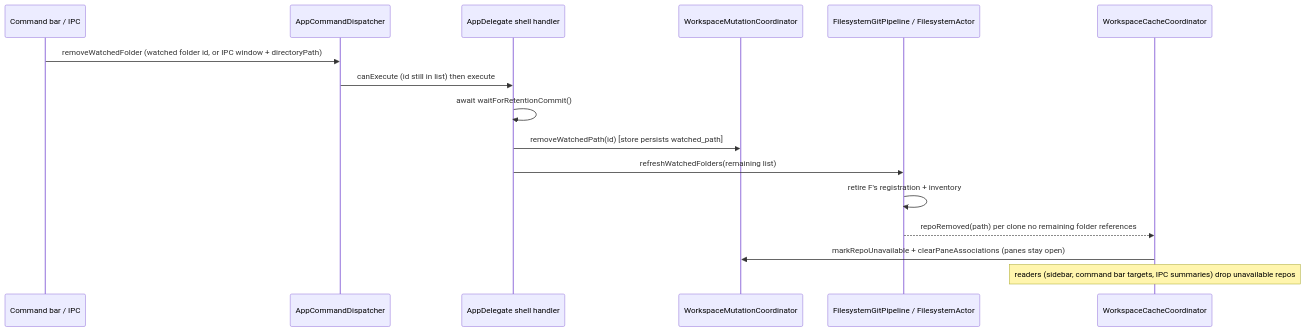
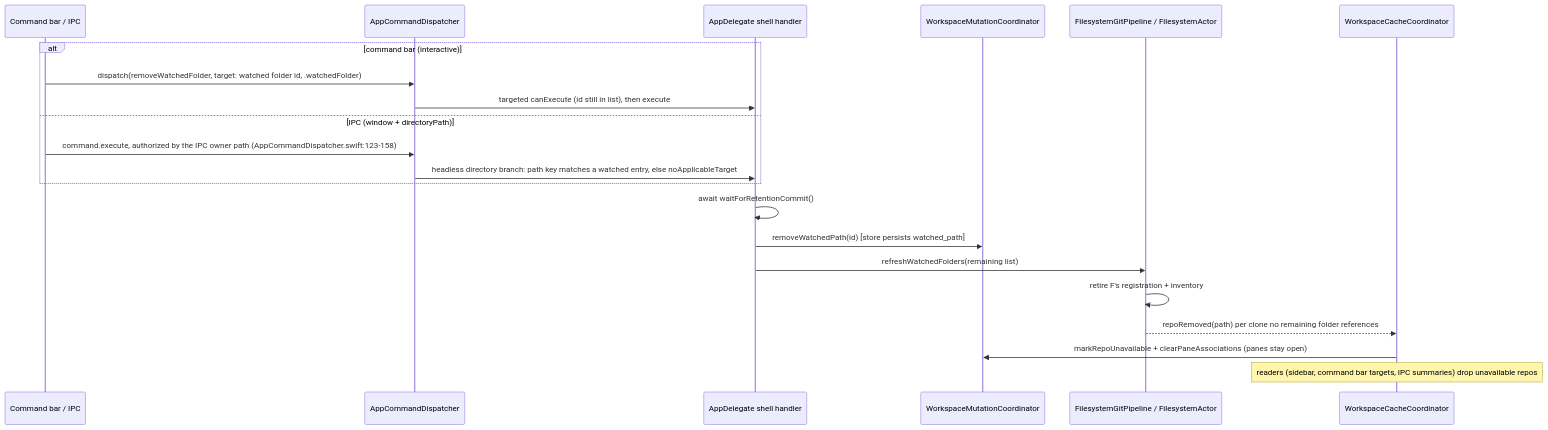
Before and after one commit to getagentstudio/agentstudio: the diagram in docs/specs/2026-10-07-remove-watched-folder/program-design.md, drawn with Mermaid. The commit also changed other lines of this file, not shown here.

Commit message:
docs: remove watched folder design, review round 2 corrections

````diff
--- a/docs/specs/2026-10-07-remove-watched-folder/program-design.md
+++ b/docs/specs/2026-10-07-remove-watched-folder/program-design.md
@@ -29,18 +29,23 @@
 ```mermaid
 sequenceDiagram
     participant U as Command bar / IPC
     participant D as AppCommandDispatcher
     participant H as AppDelegate shell handler
     participant M as WorkspaceMutationCoordinator
     participant P as FilesystemGitPipeline / FilesystemActor
     participant C as WorkspaceCacheCoordinator
-    U->>D: removeWatchedFolder (watched folder id, or IPC window + directoryPath)
-    D->>H: canExecute (id still in list) then execute
+    alt command bar (interactive)
+        U->>D: dispatch(removeWatchedFolder, target: watched folder id, .watchedFolder)
+        D->>H: targeted canExecute (id still in list), then execute
+    else IPC (window + directoryPath)
+        U->>D: command.execute, authorized by the IPC owner path (AppCommandDispatcher.swift:123-158)
+        D->>H: headless directory branch: path key matches a watched entry, else noApplicableTarget
+    end
     H->>H: await waitForRetentionCommit()
     H->>M: removeWatchedPath(id)  [store persists watched_path]
     H->>P: refreshWatchedFolders(remaining list)
     P->>P: retire F's registration + inventory
     P-->>C: repoRemoved(path) per clone no remaining folder references
     C->>M: markRepoUnavailable + clearPaneAssociations (panes stay open)
     Note over C: readers (sidebar, command bar targets, IPC summaries) drop unavailable repos
 ```
````
